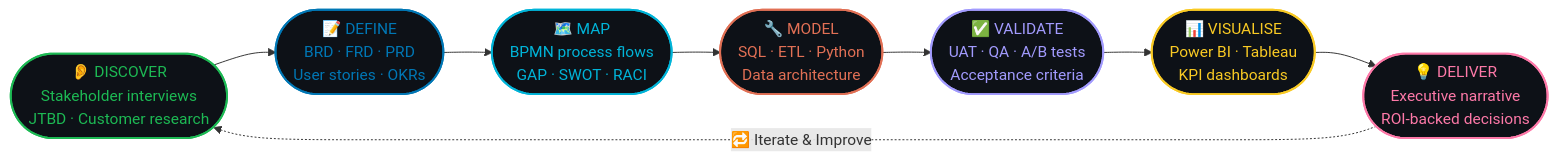
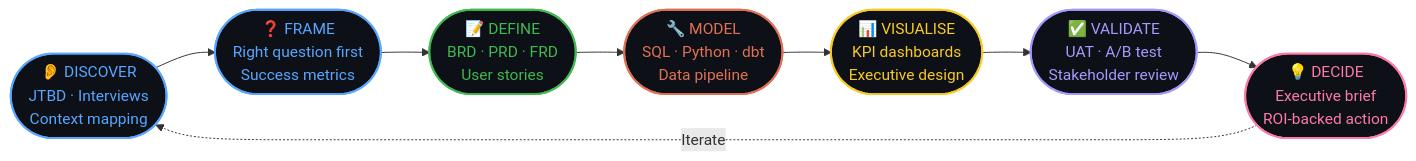
Before and after one commit to IshtarthUmesh/IshtarthUmesh: the diagram in README.md, drawn with Mermaid. The commit also changed other lines of this file, not shown here.

````diff
--- a/README.md
+++ b/README.md
@@ -183,18 +156,18 @@
 ```mermaid
 flowchart LR
-    A(["👂 DISCOVER\nStakeholder interviews\nJTBD · Customer research"]) --> B(["📝 DEFINE\nBRD · FRD · PRD\nUser stories · OKRs"])
-    B --> C(["🗺️ MAP\nBPMN process flows\nGAP · SWOT · RACI"])
-    C --> D(["🔧 MODEL\nSQL · ETL · Python\nData architecture"])
-    D --> E(["✅ VALIDATE\nUAT · QA · A/B tests\nAcceptance criteria"])
-    E --> F(["📊 VISUALISE\nPower BI · Tableau\nKPI dashboards"])
-    F --> G(["💡 DELIVER\nExecutive narrative\nROI-backed decisions"])
-    G -.->|"🔁 Iterate & Improve"| A
+    A(["👂 DISCOVER\nJTBD · Interviews\nContext mapping"]) --> B(["❓ FRAME\nRight question first\nSuccess metrics"])
+    B --> C(["📝 DEFINE\nBRD · PRD · FRD\nUser stories"])
+    C --> D(["🔧 MODEL\nSQL · Python · dbt\nData pipeline"])
+    D --> E(["📊 VISUALISE\nKPI dashboards\nExecutive design"])
+    E --> F(["✅ VALIDATE\nUAT · A/B test\nStakeholder review"])
+    F --> G(["💡 DECIDE\nExecutive brief\nROI-backed action"])
+    G -.->|Iterate| A
 
-    style A fill:#0d1117,color:#1db954,stroke:#1db954,stroke-width:2px
-    style B fill:#0d1117,color:#0077b5,stroke:#0077b5,stroke-width:2px
-    style C fill:#0d1117,color:#00b4d8,stroke:#00b4d8,stroke-width:2px
+    style A fill:#0d1117,color:#58A6FF,stroke:#58A6FF,stroke-width:2px
+    style B fill:#0d1117,color:#58A6FF,stroke:#58A6FF,stroke-width:2px
+    style C fill:#0d1117,color:#3fb950,stroke:#3fb950,stroke-width:2px
     style D fill:#0d1117,color:#e17055,stroke:#e17055,stroke-width:2px
-    style E fill:#0d1117,color:#a29bfe,stroke:#a29bfe,stroke-width:2px
-    style F fill:#0d1117,color:#f9ca24,stroke:#f9ca24,stroke-width:2px
+    style E fill:#0d1117,color:#f9ca24,stroke:#f9ca24,stroke-width:2px
+    style F fill:#0d1117,color:#a29bfe,stroke:#a29bfe,stroke-width:2px
     style G fill:#0d1117,color:#fd79a8,stroke:#fd79a8,stroke-width:2px
 ```
````
